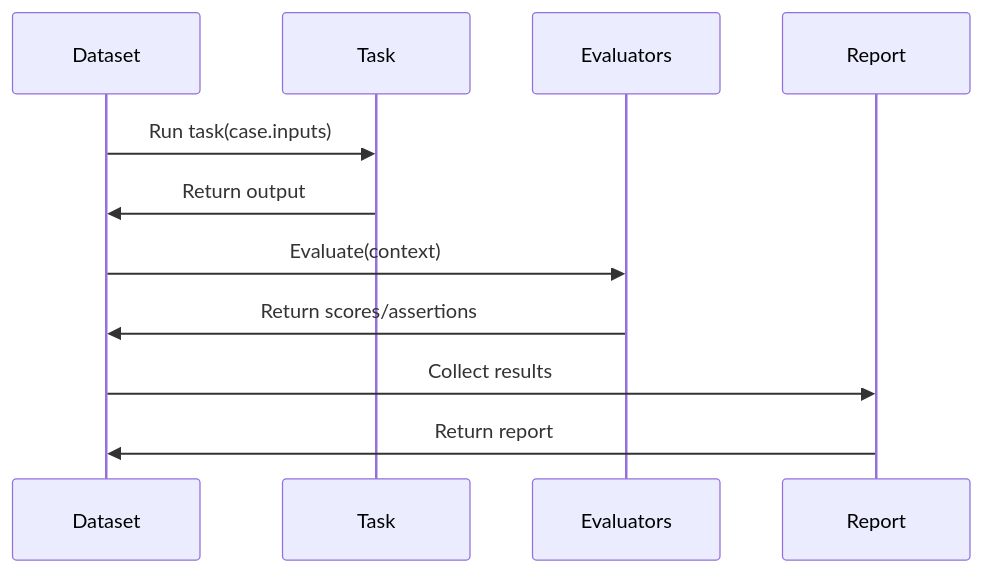
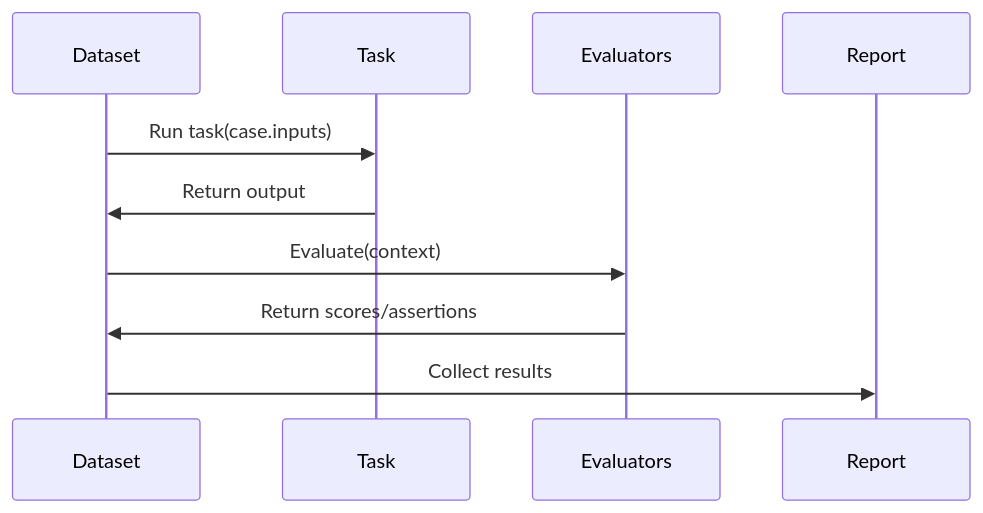
Before and after one commit to pydantic/pydantic-ai: the diagram in docs/evals/core-concepts.md, drawn with Mermaid. The commit also changed other lines of this file, not shown here.

````diff
--- a/docs/evals/core-concepts.md
+++ b/docs/evals/core-concepts.md
@@ -459,14 +459,13 @@
 ```mermaid
 sequenceDiagram
     participant D as Dataset
     participant T as Task
     participant E as Evaluators
     participant R as Report
 
     D->>T: Run task(case.inputs)
     T->>D: Return output
     D->>E: Evaluate(context)
     E->>D: Return scores/assertions
     D->>R: Collect results
-    R->>D: Return report
 ```
````
